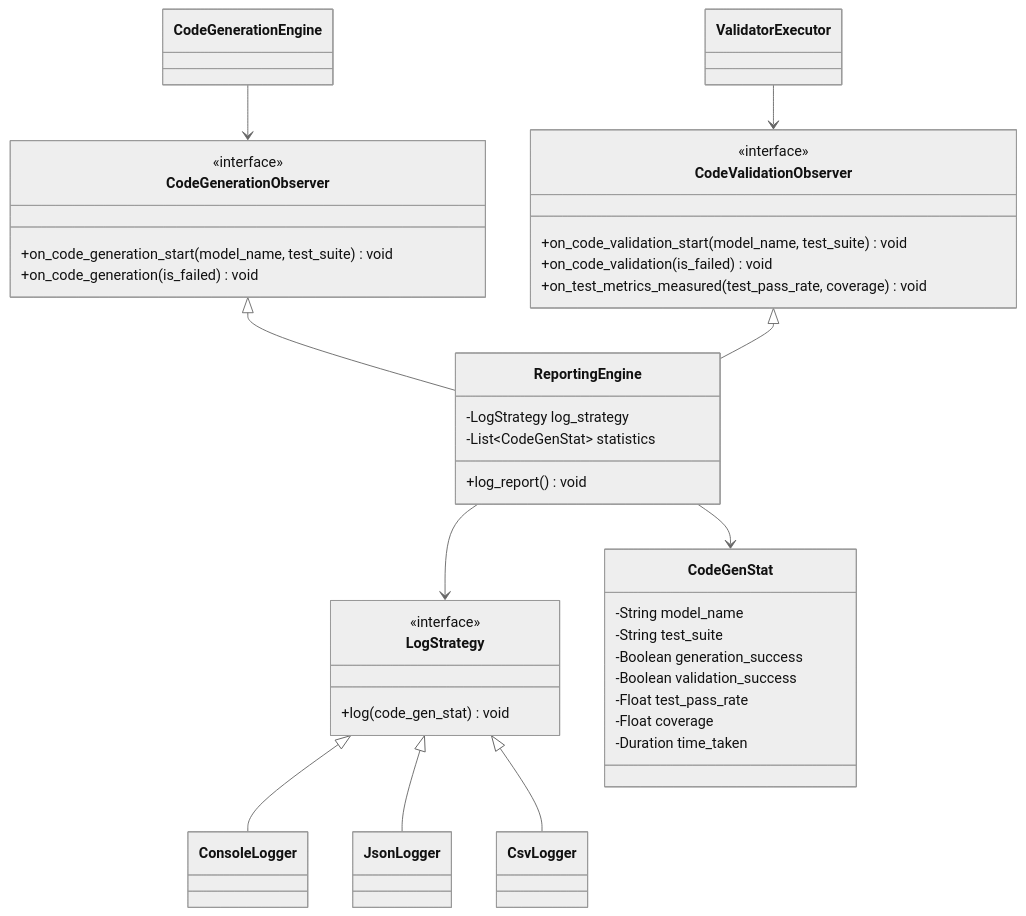
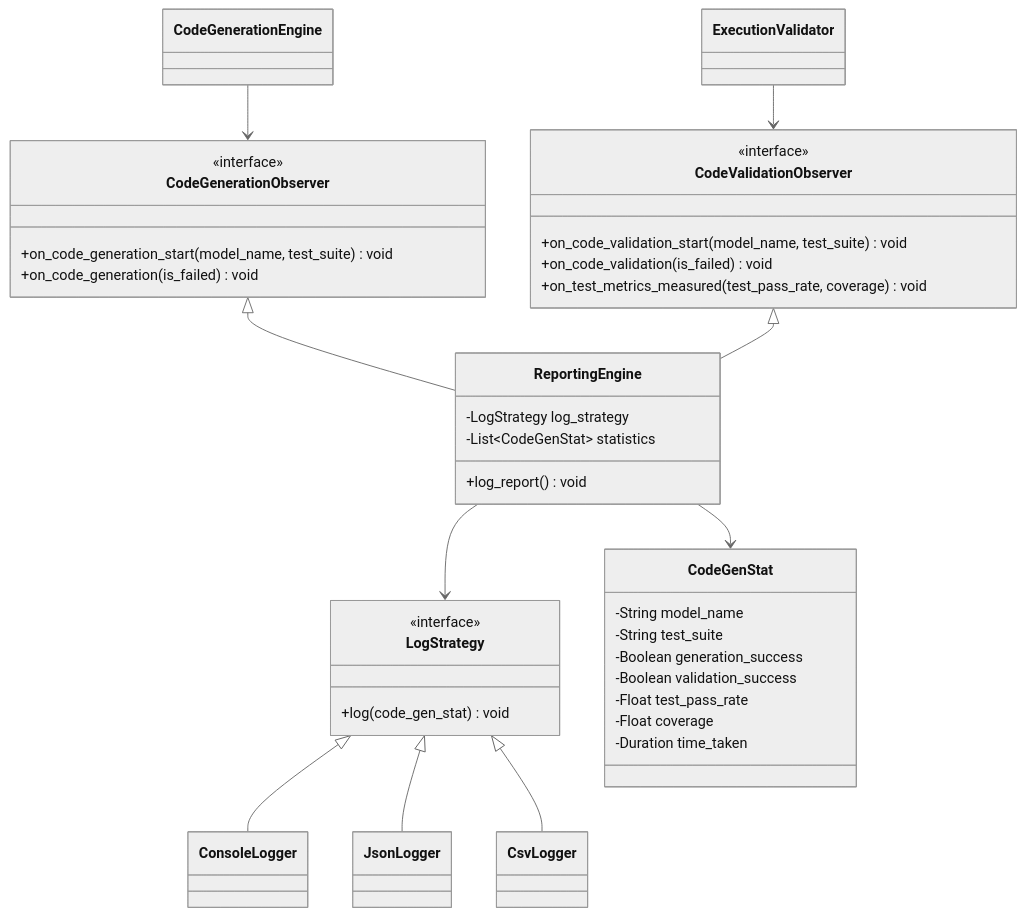
The seventh of 7 diagrams in docs/design.md (FilippoGurioli/test-2-code-llm), drawn with Mermaid (neutral theme) before and after one commit. The commit also changed other lines of this file, not shown here.

Commit message:
docs: design execution validator

````diff
--- a/docs/design.md
+++ b/docs/design.md
@@ -217,46 +242,46 @@
 ```mermaid
 classDiagram
     class ReportingEngine {
         -LogStrategy log_strategy
         -List~CodeGenStat~ statistics
         +log_report() void
     }
 
     class CodeGenerationObserver {
         <<interface>>
         +on_code_generation_start(model_name, test_suite) void
         +on_code_generation(is_failed) void
     }
 
     class CodeValidationObserver {
         <<interface>>
         +on_code_validation_start(model_name, test_suite) void
         +on_code_validation(is_failed) void
         +on_test_metrics_measured(test_pass_rate, coverage) void
     }
 
     class LogStrategy {
         <<interface>>
         +log(code_gen_stat) void
     }
 
     class CodeGenStat {
         -String model_name
         -String test_suite
         -Boolean generation_success
         -Boolean validation_success
         -Float test_pass_rate
         -Float coverage
         -Duration time_taken
     }
 
     CodeGenerationEngine --> CodeGenerationObserver
-    ValidatorExecutor --> CodeValidationObserver
+    ExecutionValidator --> CodeValidationObserver
     CodeGenerationObserver <|-- ReportingEngine
     CodeValidationObserver <|-- ReportingEngine
     ReportingEngine --> LogStrategy
     ReportingEngine --> CodeGenStat
     LogStrategy <|-- ConsoleLogger
     LogStrategy <|-- JsonLogger
     LogStrategy <|-- CsvLogger
 ```
````
